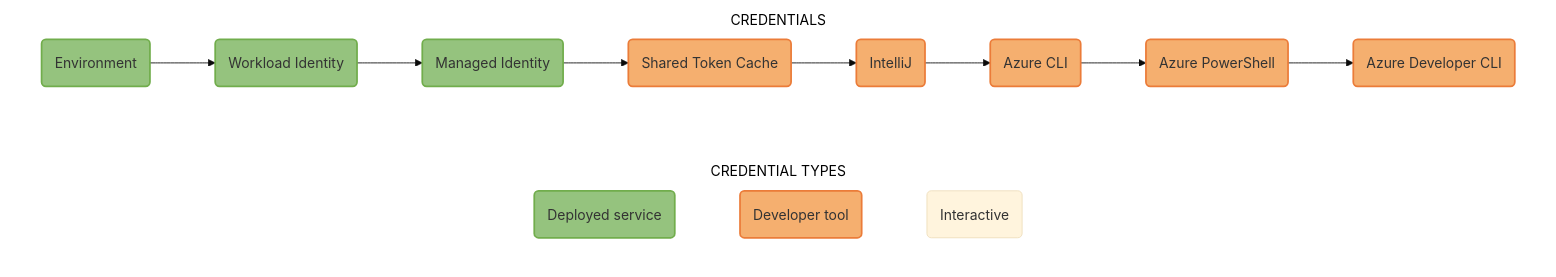
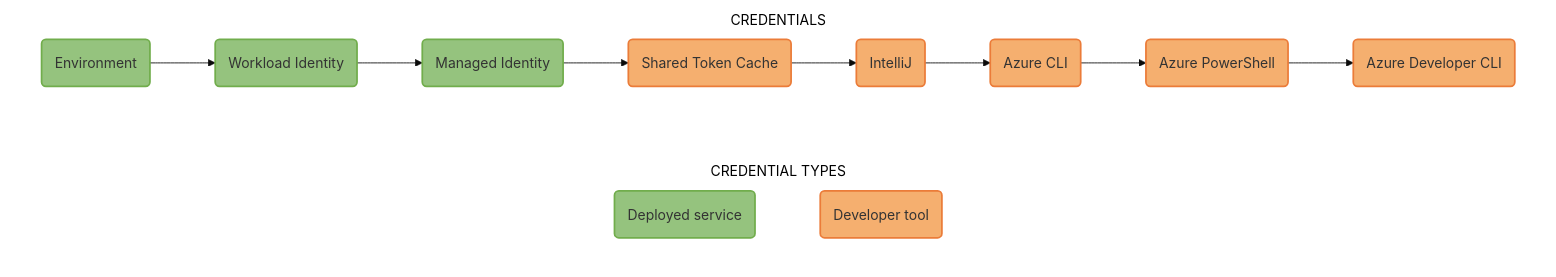
One commit to MicrosoftDocs/azure-dev-docs changed the diagram in articles/java/sdk/includes/mermaidjs/default-azure-credential-auth-flow.md. Above: the diagram before and after it, drawn with Mermaid. The commit also changed 2 other files, not shown here.

Commit message:
Remove interactive type

````diff
--- a/articles/java/sdk/includes/mermaidjs/default-azure-credential-auth-flow.md
+++ b/articles/java/sdk/includes/mermaidjs/default-azure-credential-auth-flow.md
@@ -6,54 +6,54 @@
 ```mermaid
 %% STEPS TO GENERATE IMAGE
 %% =======================
 %% 1. Install mermaid CLI v10.9.1 (see https://github.com/mermaid-js/mermaid-cli/blob/master/README.md):
 %%    npm i -g @mermaid-js/mermaid-cli@10.9.1
 %% 2. Run commands:
 %%    mmdc -i default-azure-credential-auth-flow.md -o ../../media/mermaidjs/default-azure-credential-auth-flow.svg
 %%    mmdc -i default-azure-credential-auth-flow.md -o ../../media/mermaidjs/default-azure-credential-auth-flow-big.png
 
 %%{
   init: {
     'theme': 'base',
     'themeVariables': {
       'tertiaryBorderColor': '#fff',
       'tertiaryColor': '#fff'
     }
   }
 }%%
 
 flowchart LR;
     accTitle: DefaultAzureCredential authentication flow;
     accDescr: Flowchart showing the credential chain implemented by DefaultAzureCredential;
 
     subgraph CREDENTIAL TYPES;
         direction LR;
-        Deployed(Deployed service):::deployed ~~~ Developer(Developer tool):::developer ~~~ Interactive(Interactive):::interactive;
+        Deployed(Deployed service):::deployed ~~~ Developer(Developer tool):::developer;
     end;
 
     subgraph CREDENTIALS;
         direction LR;
         A(Environment):::deployed --> 
         B(Workload Identity):::deployed --> 
         C(Managed Identity):::deployed --> 
         D(Shared Token Cache):::developer --> 
         E(IntelliJ):::developer --> 
         F(Azure CLI):::developer --> 
         G(Azure PowerShell):::developer --> 
         H(Azure Developer CLI):::developer;
     end;
 
     %% Define styles for credential type boxes
     classDef deployed fill:#95C37E, stroke:#71AD4C, stroke-width:2px;
     classDef developer fill:#F5AF6F, stroke:#EB7C39, stroke-width:2px;
 
     %% Add API ref links to credential type boxes
     click A "https://learn.microsoft.com/java/api/com.azure.identity.environmentcredential?view=azure-java-stable" _blank;
     click B "https://learn.microsoft.com/java/api/com.azure.identity.workloadidentitycredential?view=azure-java-stable" _blank;
     click C "https://learn.microsoft.com/java/api/com.azure.identity.managedidentitycredential?view=azure-java-stable" _blank;
     click D "https://learn.microsoft.com/java/api/com.azure.identity.sharedtokencachecredential?view=azure-java-stable" _blank;
     click E "https://learn.microsoft.com/java/api/com.azure.identity.intellijcredential?view=azure-java-stable" _blank;
     click F "https://learn.microsoft.com/java/api/com.azure.identity.azureclicredential?view=azure-java-stable" _blank;
     click G "https://learn.microsoft.com/java/api/com.azure.identity.azurepowershellcredential?view=azure-java-stable" _blank;
     click H "https://learn.microsoft.com/java/api/com.azure.identity.azuredeveloperclicredential?view=azure-java-stable" _blank;
 ```
````
